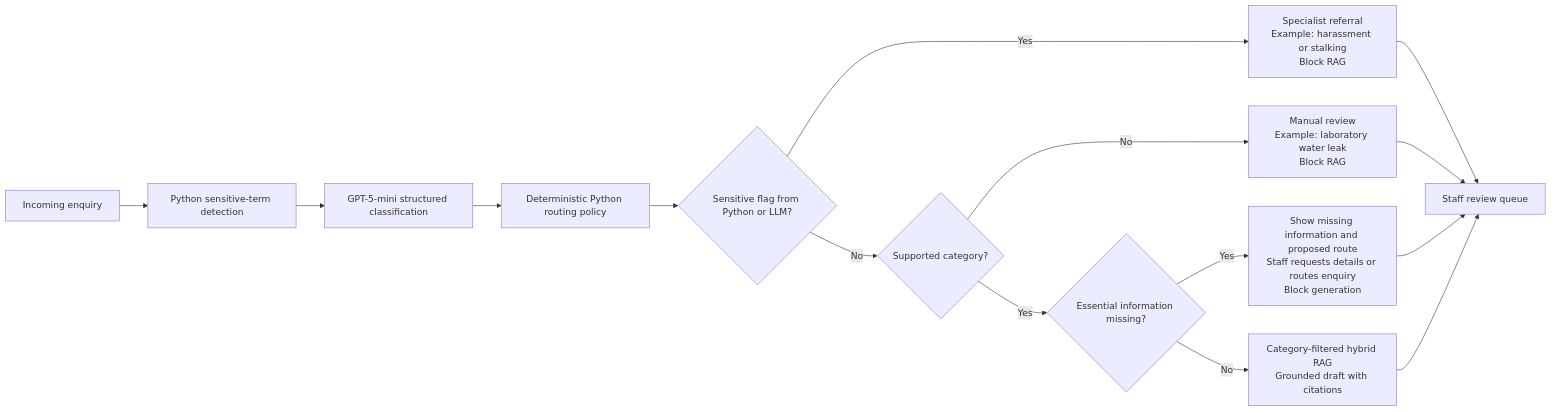
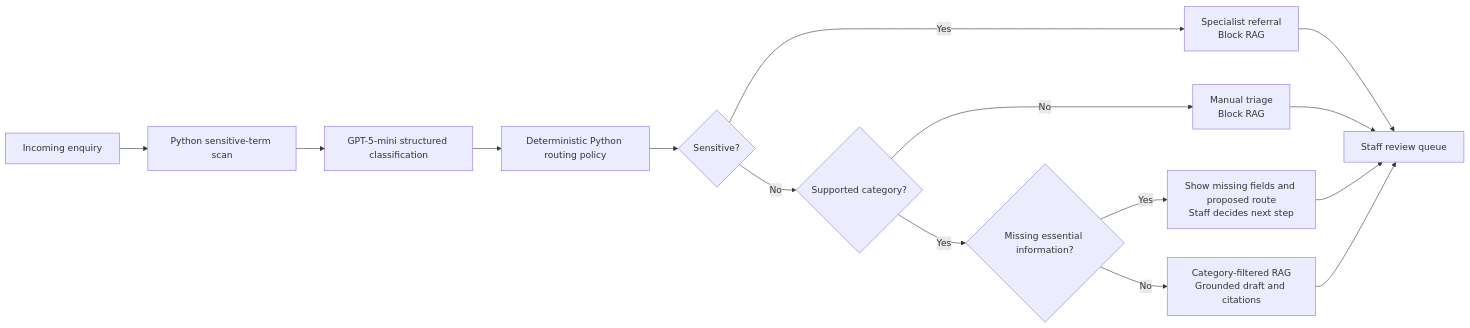
The diagram in docs/stage_06_triage/enquiry-triage.md (kenjihilasak/uol-finance-ai-assistant), drawn with Mermaid before and after one commit. The commit also changed other lines of this file and 6 other files, not shown here.

````diff
--- a/docs/stage_06_triage/enquiry-triage.md
+++ b/docs/stage_06_triage/enquiry-triage.md
@@ -8,17 +8,17 @@
 ```mermaid
 flowchart LR
-    A[Incoming enquiry] --> B[Python sensitive-term detection]
+    A[Incoming enquiry] --> B[Python sensitive-term scan]
     B --> C[GPT-5-mini structured classification]
     C --> D[Deterministic Python routing policy]
-    D --> E{Sensitive flag from Python or LLM?}
-    E -- Yes --> F[Specialist referral<br/>Example: harassment or stalking<br/>Block RAG]
+    D --> E{Sensitive?}
+    E -- Yes --> F[Specialist referral<br/>Block RAG]
     E -- No --> G{Supported category?}
-    G -- No --> H[Manual review<br/>Example: laboratory water leak<br/>Block RAG]
-    G -- Yes --> I{Essential information missing?}
-    I -- Yes --> J[Show missing information and proposed route<br/>Staff requests details or routes enquiry<br/>Block generation]
-    I -- No --> K[Category-filtered hybrid RAG<br/>Grounded draft with citations]
+    G -- No --> H[Manual triage<br/>Block RAG]
+    G -- Yes --> I{Missing essential information?}
+    I -- Yes --> J[Show missing fields and proposed route<br/>Staff decides next step]
+    I -- No --> K[Category-filtered RAG<br/>Grounded draft and citations]
     F --> L[Staff review queue]
     H --> L
     J --> L
     K --> L
 ```
````
